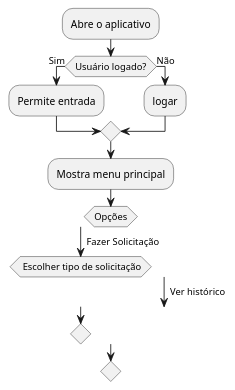
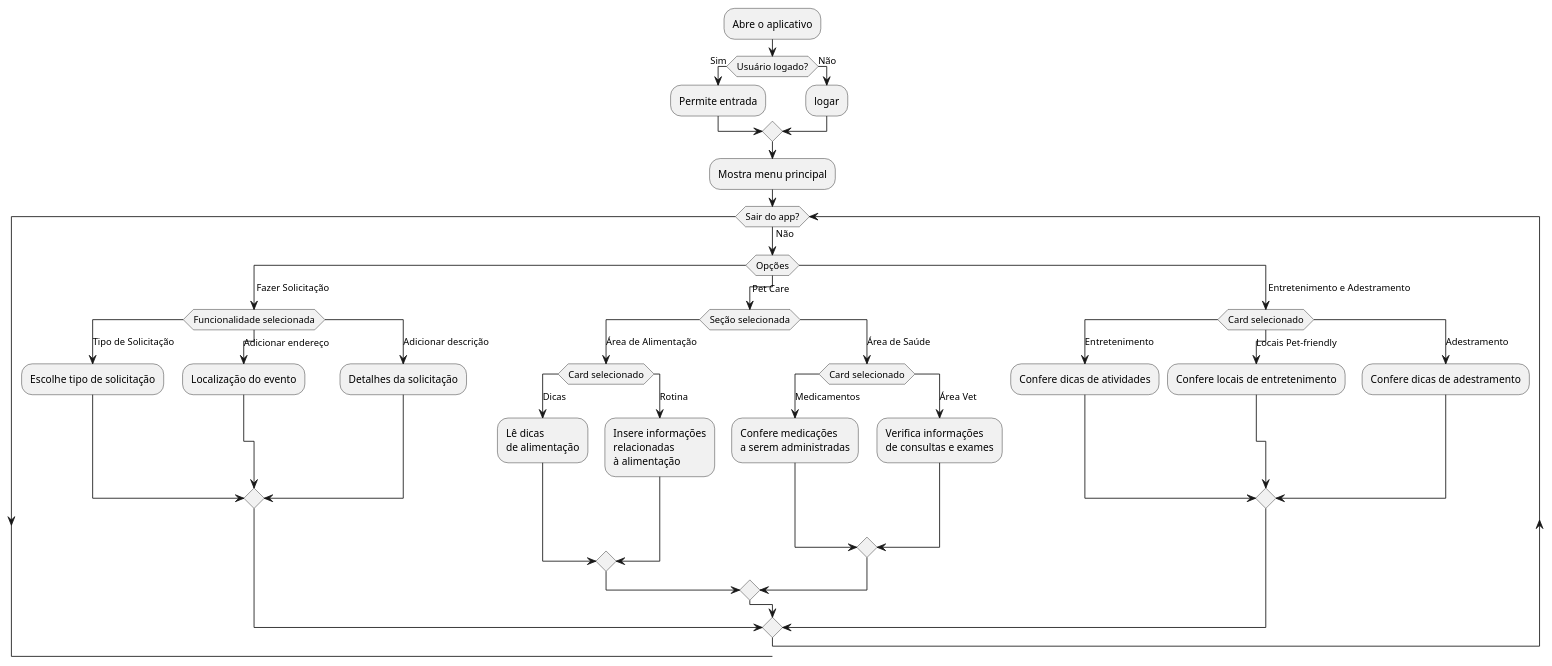
One commit to RenataArdito/Alerta-ADS changed the diagram in ActivityDiagram.md. Above: the diagram before and after it, drawn with PlantUML.

````diff
--- a/ActivityDiagram.md
+++ b/ActivityDiagram.md
@@ -1,22 +1,58 @@
 ```plantuml
 @startuml
 
 :Abre o aplicativo;
 
 if (Usuário logado?) then (Sim)
     :Permite entrada;
 else (Não)
     :logar;
 endif
 :Mostra menu principal;
 
+while (Sair do app?) is (Não)
+
 switch (Opções)
 case ( Fazer Solicitação )
-    switch( Escolher tipo de solicitação)
-case ( Ver histórico )
+    switch (Funcionalidade selecionada)
+    case (Tipo de Solicitação)
+        :Escolhe tipo de solicitação;
+    case (Adicionar endereço)
+        :Localização do evento;
+    case (Adicionar descrição)
+        :Detalhes da solicitação;
+    endswitch
+case ( Pet Care ) 
+    switch (Seção selecionada)
+    case (Área de Alimentação)
+        switch (Card selecionado)
+        case (Dicas)
+            :Lê dicas\nde alimentação;
+        case (Rotina)
+            :Insere informações\nrelacionadas\nà alimentação;
+        endswitch
+    case (Área de Saúde)
+        switch (Card selecionado)
+        case (Medicamentos)
+            :Confere medicações\na serem administradas;
+        case (Área Vet)
+            :Verifica informações\nde consultas e exames;
+        endswitch
+    endswitch
+case ( Entretenimento e Adestramento )
+    switch (Card selecionado)
+    case (Entretenimento)
+        :Confere dicas de atividades;
+    case (Locais Pet-friendly)
+        :Confere locais de entretenimento;
+    case (Adestramento)
+        :Confere dicas de adestramento;
+    endswitch
+endswitch
+
 
 
     
 
 @enduml
 ```
````
